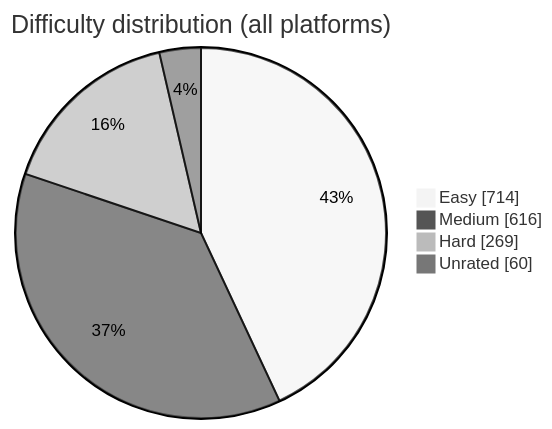
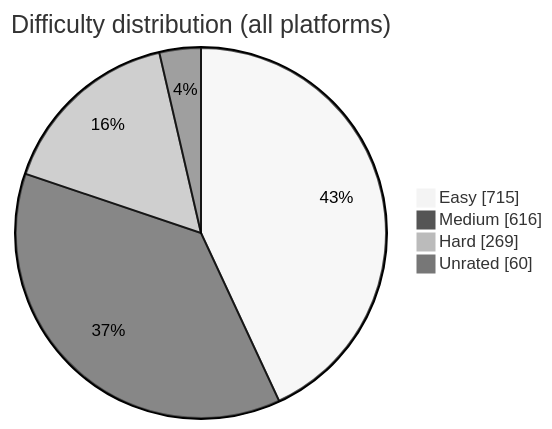
The diagram in README.md (BuildbyArindam/Daily-Coding-Log), drawn with Mermaid (neutral theme) before and after one commit. The commit also changed other lines of this file, not shown here.

````diff
--- a/README.md
+++ b/README.md
@@ -93,7 +93,7 @@
 ```mermaid
 pie showData title Difficulty distribution (all platforms)
-    "Easy" : 714
+    "Easy" : 715
     "Medium" : 616
     "Hard" : 269
     "Unrated" : 60
 ```
````
